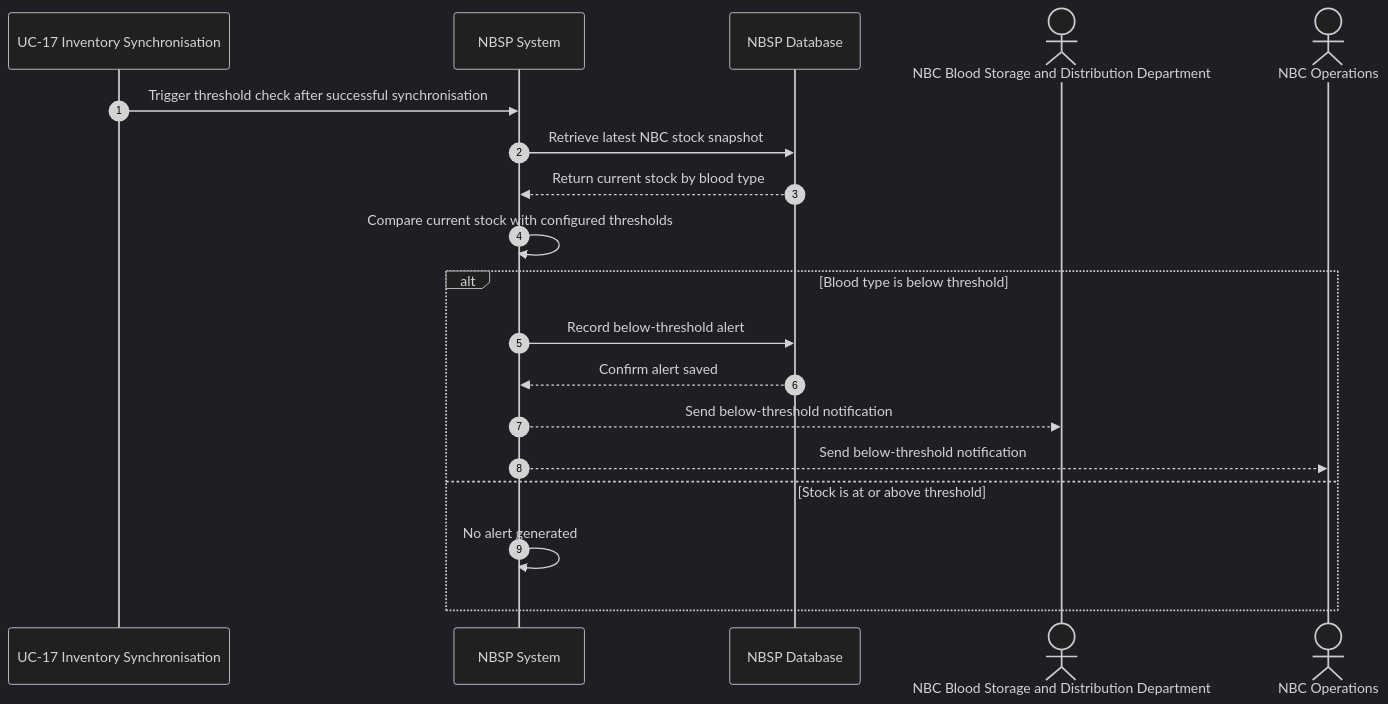
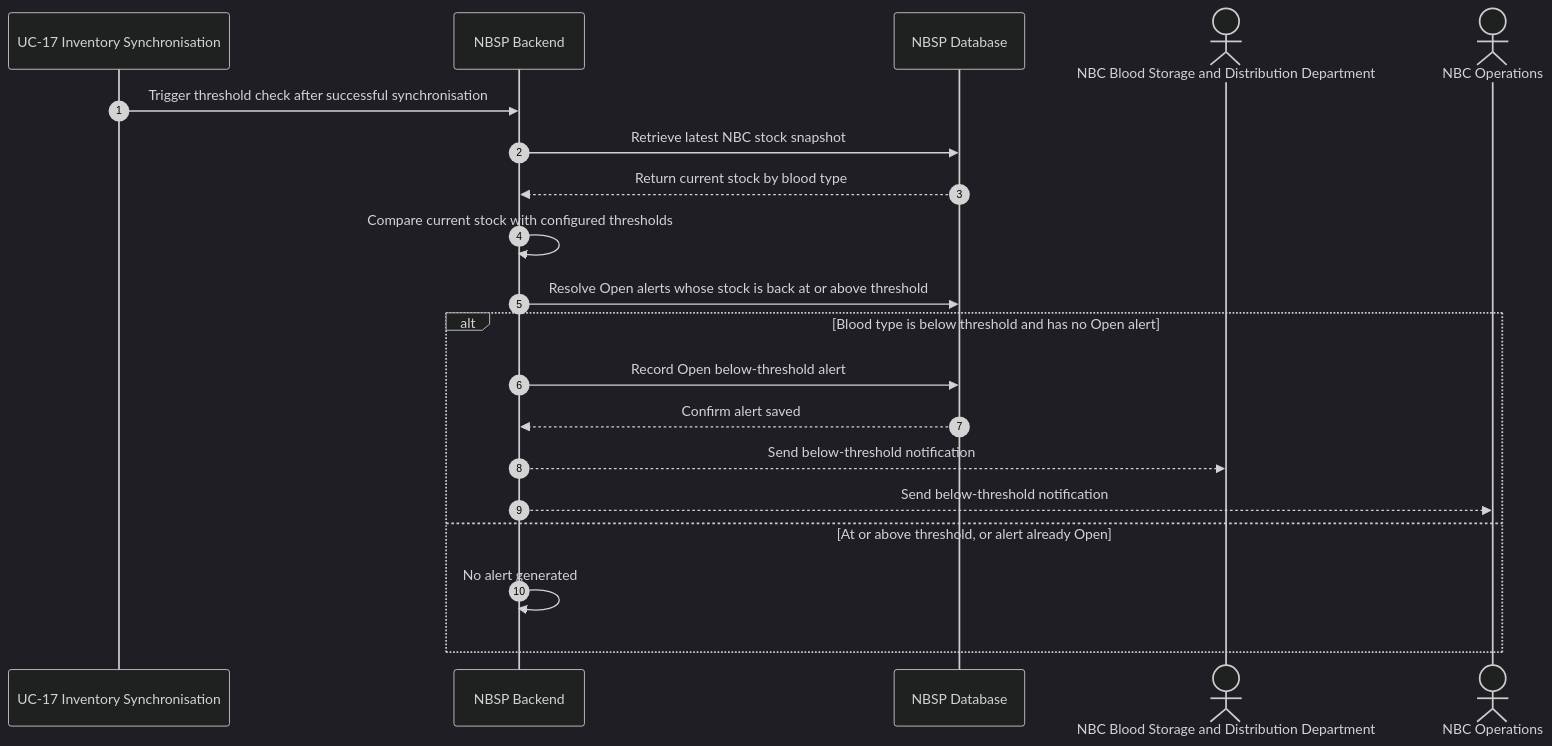
The diagram in use-case/SD-UC-11.md (Nhan2772/DBIZ2-GROUPC-NationalBloodSupplyPlatform), drawn with Mermaid (dark theme) before and after one commit. The commit also changed other lines of this file, not shown here.

````diff
--- a/use-case/SD-UC-11.md
+++ b/use-case/SD-UC-11.md
@@ -16,23 +16,24 @@
 ```mermaid
 sequenceDiagram
     autonumber
     participant Sync as UC-17 Inventory Synchronisation
-    participant NBSP as NBSP System
+    participant NBSP as NBSP Backend
     participant DB as NBSP Database
     actor Dept as NBC Blood Storage and Distribution Department
     actor Ops as NBC Operations
 
     Sync->>NBSP: Trigger threshold check after successful synchronisation
     NBSP->>DB: Retrieve latest NBC stock snapshot
     DB-->>NBSP: Return current stock by blood type
     NBSP->>NBSP: Compare current stock with configured thresholds
 
-    alt Blood type is below threshold
-        NBSP->>DB: Record below-threshold alert
+    NBSP->>DB: Resolve Open alerts whose stock is back at or above threshold
+    alt Blood type is below threshold and has no Open alert
+        NBSP->>DB: Record Open below-threshold alert
         DB-->>NBSP: Confirm alert saved
         NBSP-->>Dept: Send below-threshold notification
         NBSP-->>Ops: Send below-threshold notification
-    else Stock is at or above threshold
+    else At or above threshold, or alert already Open
         NBSP->>NBSP: No alert generated
     end
 ```
````
